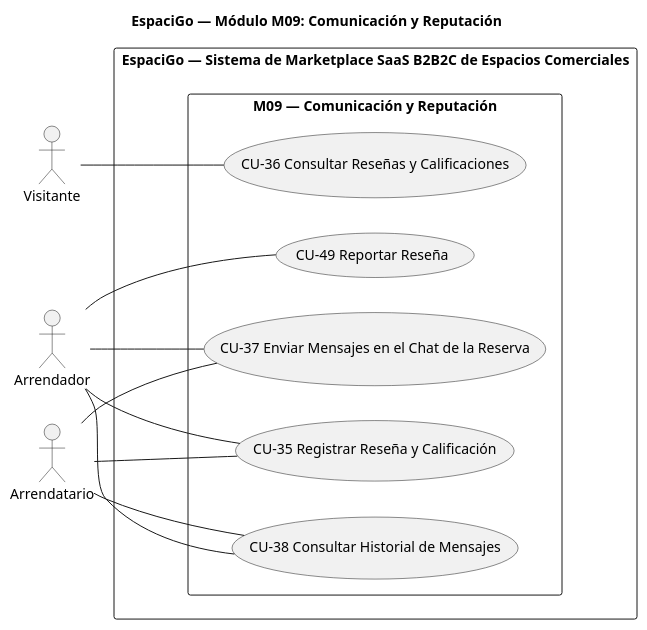
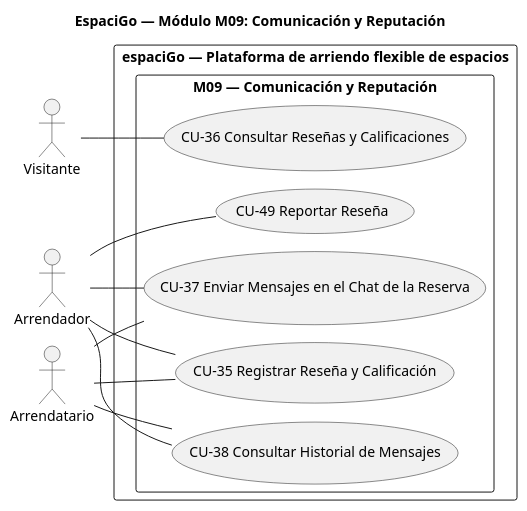
The diagram in tesis_final/assets/diagramas_src/anexo_c/cu_m09_reputacion.puml (HernanEspinozaDev/proyectotitulo), drawn with PlantUML before and after one commit. The commit also changed 22 other files, not shown here.

```diff
--- a/tesis_final/assets/diagramas_src/anexo_c/cu_m09_reputacion.puml
+++ b/tesis_final/assets/diagramas_src/anexo_c/cu_m09_reputacion.puml
@@ -1,28 +1,29 @@
 @startuml
+!pragma layout smetana
 title EspaciGo — Módulo M09: Comunicación y Reputación
 left to right direction
 skinparam packageStyle rectangle
 
 actor "Visitante" as VIS
 actor "Arrendador" as ARR
 actor "Arrendatario" as ARREN
 
-rectangle "EspaciGo — Sistema de Marketplace SaaS B2B2C de Espacios Comerciales" {
+rectangle "espaciGo — Plataforma de arriendo flexible de espacios" {
   package "M09 — Comunicación y Reputación" {
     usecase "CU-35 Registrar Reseña y Calificación" as CU35
     usecase "CU-36 Consultar Reseñas y Calificaciones" as CU36
     usecase "CU-37 Enviar Mensajes en el Chat de la Reserva" as CU37
     usecase "CU-38 Consultar Historial de Mensajes" as CU38
     usecase "CU-49 Reportar Reseña" as CU49
   }
 }
 
 ARREN -- CU35
 ARR -- CU35
 VIS -- CU36
 ARR -- CU37
 ARREN -- CU37
 ARR -- CU38
 ARREN -- CU38
 ARR -- CU49
 @enduml
```
